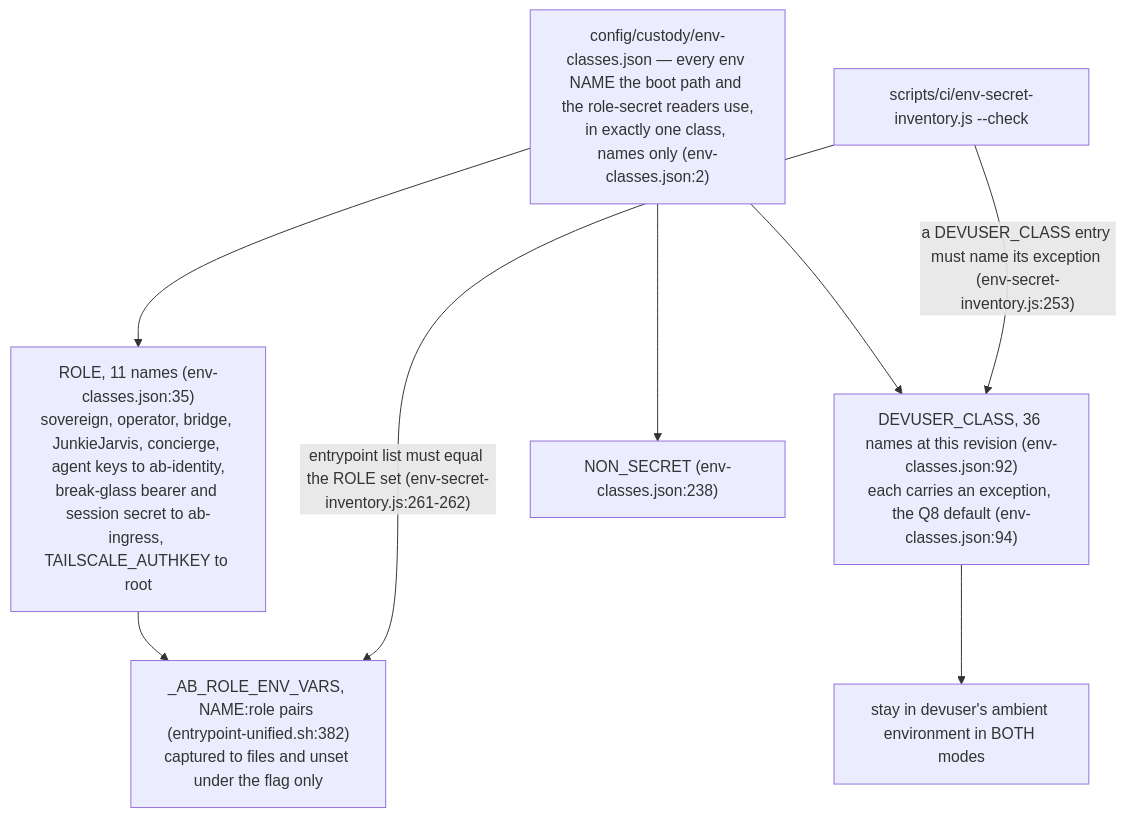
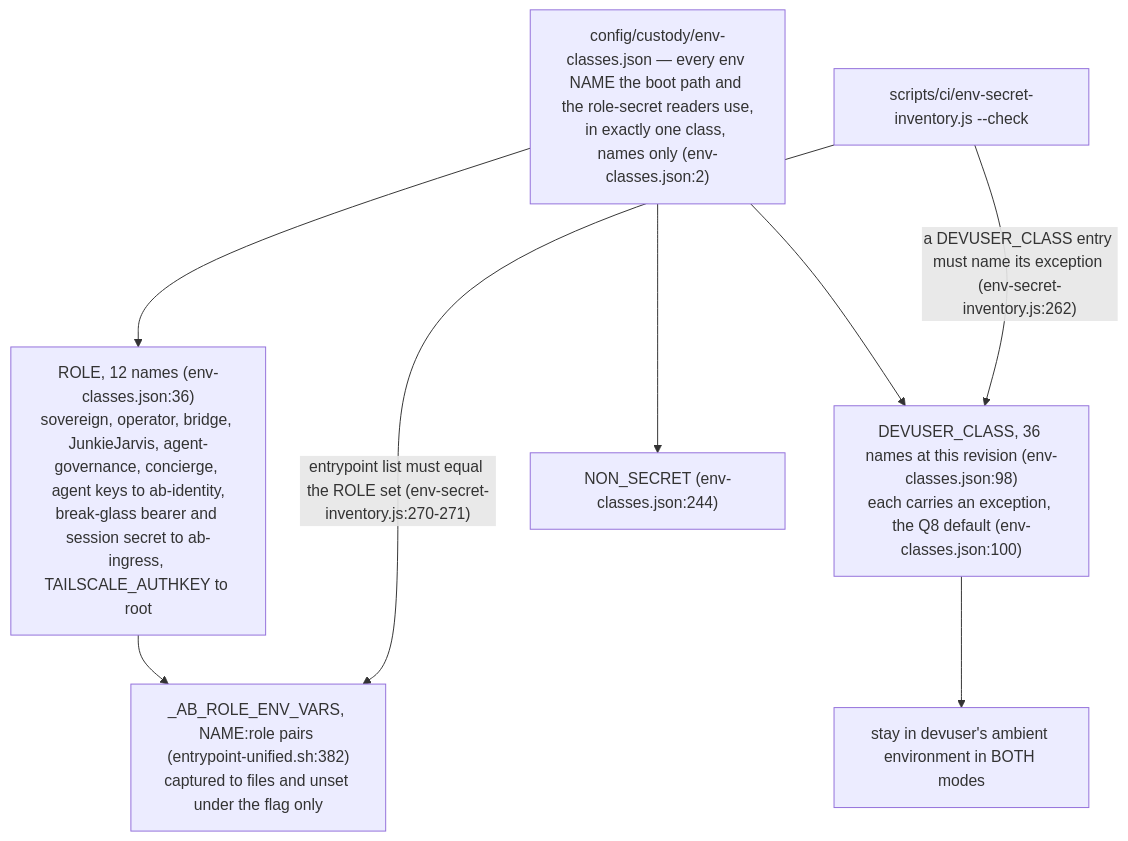
One commit to DreamLab-AI/VisionFlow changed the sixth of 7 diagrams in docs/diagrams/agentbox/36-role-isolation-and-identity-port.md. Above: the diagram before and after it, drawn with Mermaid. The commit also changed other lines of this file and 36 other files, not shown here.

First line of the commit message:
docs(diagrams): re-derive and re-stamp agentbox, dream-engine, visioncraft, visiontouch and vowl topics; drop LAN addresses

````diff
--- a/docs/diagrams/agentbox/36-role-isolation-and-identity-port.md
+++ b/docs/diagrams/agentbox/36-role-isolation-and-identity-port.md
@@ -217,12 +229,12 @@
 ```mermaid
 flowchart TB
     TAB["config/custody/env-classes.json — every env NAME the boot path and the role-secret readers use,<br/>in exactly one class, names only (env-classes.json:2)"]
-    TAB --> ROLE["ROLE, 11 names (env-classes.json:35)<br/>sovereign, operator, bridge, JunkieJarvis, concierge, agent keys to ab-identity,<br/>break-glass bearer and session secret to ab-ingress, TAILSCALE_AUTHKEY to root"]
-    TAB --> DC["DEVUSER_CLASS, 36 names at this revision (env-classes.json:92)<br/>each carries an exception, the Q8 default (env-classes.json:94)"]
-    TAB --> NS["NON_SECRET (env-classes.json:238)"]
+    TAB --> ROLE["ROLE, 12 names (env-classes.json:36)<br/>sovereign, operator, bridge, JunkieJarvis, agent-governance, concierge, agent keys to ab-identity,<br/>break-glass bearer and session secret to ab-ingress, TAILSCALE_AUTHKEY to root"]
+    TAB --> DC["DEVUSER_CLASS, 36 names at this revision (env-classes.json:98)<br/>each carries an exception, the Q8 default (env-classes.json:100)"]
+    TAB --> NS["NON_SECRET (env-classes.json:244)"]
     ROLE --> EP["_AB_ROLE_ENV_VARS, NAME:role pairs (entrypoint-unified.sh:382)<br/>captured to files and unset under the flag only"]
     DC --> STAY["stay in devuser's ambient environment in BOTH modes"]
     CI["scripts/ci/env-secret-inventory.js --check"]
-    CI -->|"entrypoint list must equal the ROLE set (env-secret-inventory.js:261-262)"| EP
-    CI -->|"a DEVUSER_CLASS entry must name its exception (env-secret-inventory.js:253)"| DC
+    CI -->|"entrypoint list must equal the ROLE set (env-secret-inventory.js:270-271)"| EP
+    CI -->|"a DEVUSER_CLASS entry must name its exception (env-secret-inventory.js:262)"| DC
 ```
````
